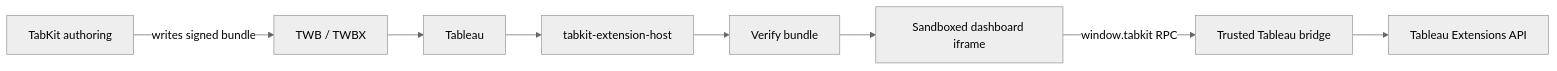
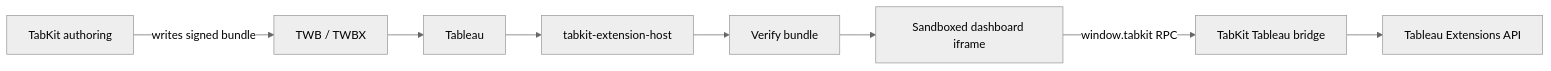
Before and after one commit to agredyaev/tabkit: the first of 2 diagrams in docs/WEB_DASHBOARD.md, drawn with Mermaid (neutral theme). The commit also changed other lines of this file and 23 other files, not shown here.

````diff
--- a/docs/WEB_DASHBOARD.md
+++ b/docs/WEB_DASHBOARD.md
@@ -19,10 +19,10 @@
 ```mermaid
 flowchart LR
     author["TabKit authoring"] -->|writes signed bundle| workbook["TWB / TWBX"]
     workbook --> tableau["Tableau"]
     tableau --> host["tabkit-extension-host"]
     host --> verify["Verify bundle"]
     verify --> frame["Sandboxed dashboard iframe"]
-    frame -->|window.tabkit RPC| bridge["Trusted Tableau bridge"]
+    frame -->|window.tabkit RPC| bridge["TabKit Tableau bridge"]
     bridge --> api["Tableau Extensions API"]
 ```
````
